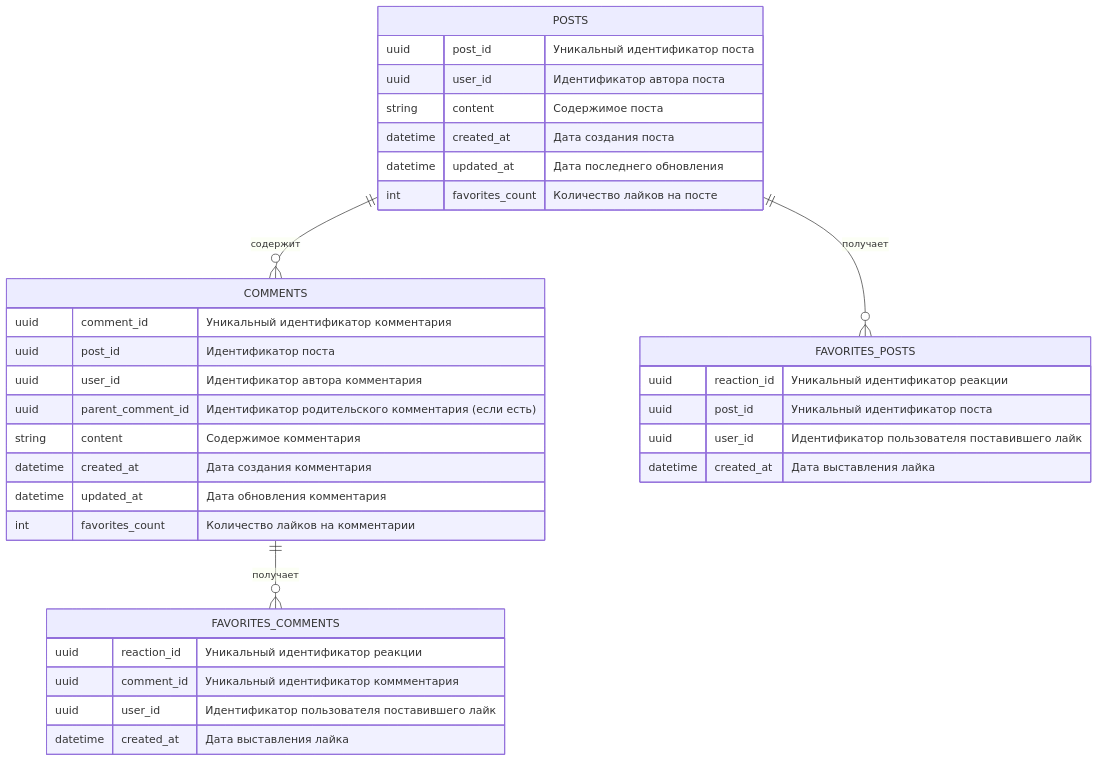
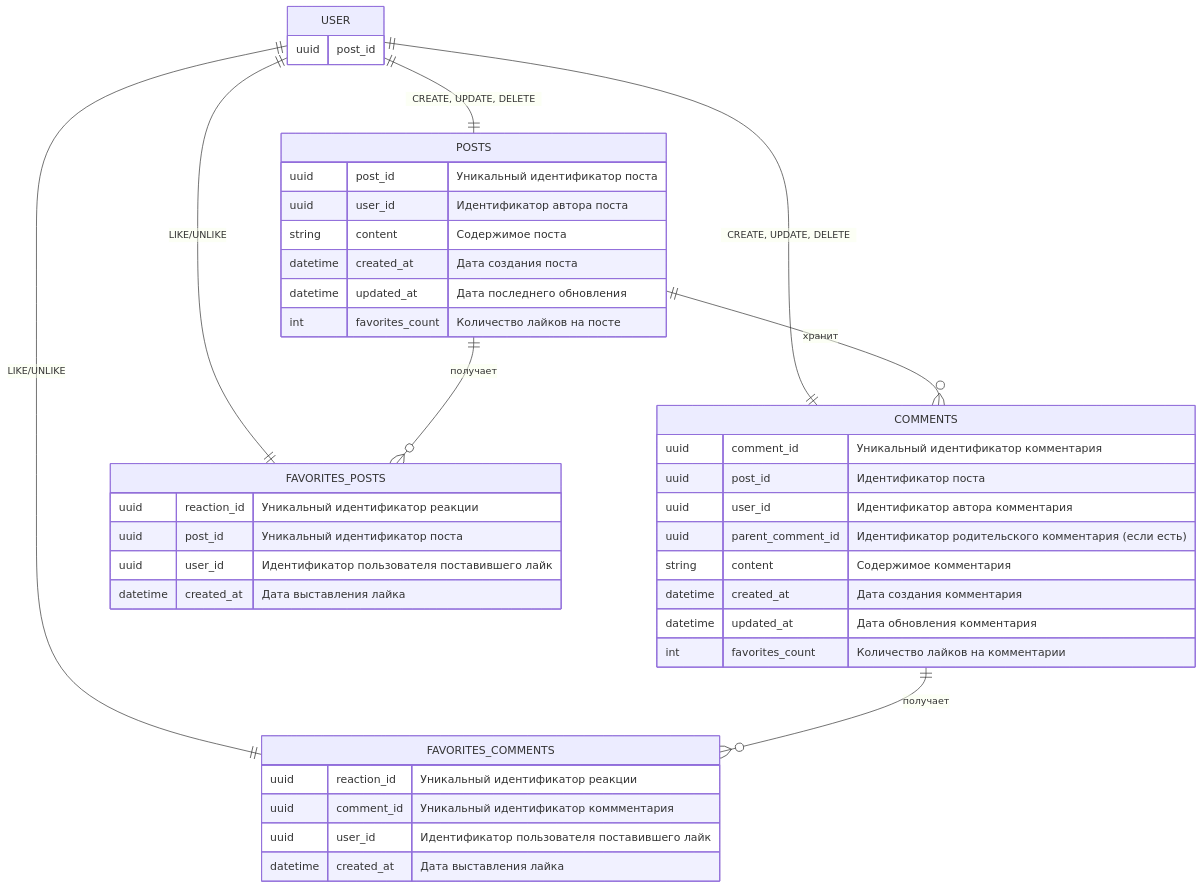
One commit to zahartd/social-network changed the diagram in docs/diagrams/er/post_service.mermaid. Above: the diagram before and after it, drawn with Mermaid.

Commit message:
Update Posts service ER diagram

```diff
--- a/docs/diagrams/er/post_service.mermaid
+++ b/docs/diagrams/er/post_service.mermaid
@@ -1,35 +1,42 @@
 erDiagram
+    USER {
+        uuid post_id
+    }
     POSTS {
         uuid post_id "Уникальный идентификатор поста"
         uuid user_id "Идентификатор автора поста"
         string content "Содержимое поста"
         datetime created_at "Дата создания поста"
         datetime updated_at "Дата последнего обновления"
         int favorites_count "Количество лайков на посте"
     }
     COMMENTS {
         uuid comment_id "Уникальный идентификатор комментария"
         uuid post_id "Идентификатор поста"
         uuid user_id "Идентификатор автора комментария"
         uuid parent_comment_id "Идентификатор родительского комментария (если есть)"
         string content "Содержимое комментария"
         datetime created_at "Дата создания комментария"
         datetime updated_at "Дата обновления комментария"
         int favorites_count "Количество лайков на комментарии"
     }
     FAVORITES_POSTS {
         uuid reaction_id "Уникальный идентификатор реакции"
         uuid post_id "Уникальный идентификатор поста"
         uuid user_id "Идентификатор пользователя поставившего лайк"
         datetime created_at "Дата выставления лайка"
     }
     FAVORITES_COMMENTS {
         uuid reaction_id "Уникальный идентификатор реакции"
         uuid comment_id "Уникальный идентификатор коммментария"
         uuid user_id "Идентификатор пользователя поставившего лайк"
         datetime created_at "Дата выставления лайка"
     }
 
-    POSTS ||--o{ COMMENTS : "содержит"
+    USER ||--|| POSTS : "CREATE, UPDATE, DELETE"
+    USER ||--|| COMMENTS : "CREATE, UPDATE, DELETE"
+    USER ||--|| FAVORITES_POSTS : "LIKE/UNLIKE"
+    USER ||--|| FAVORITES_COMMENTS : "LIKE/UNLIKE"
+    POSTS ||--o{ COMMENTS : "хранит"
     POSTS ||--o{ FAVORITES_POSTS : "получает"
     COMMENTS ||--o{ FAVORITES_COMMENTS : "получает"
```
